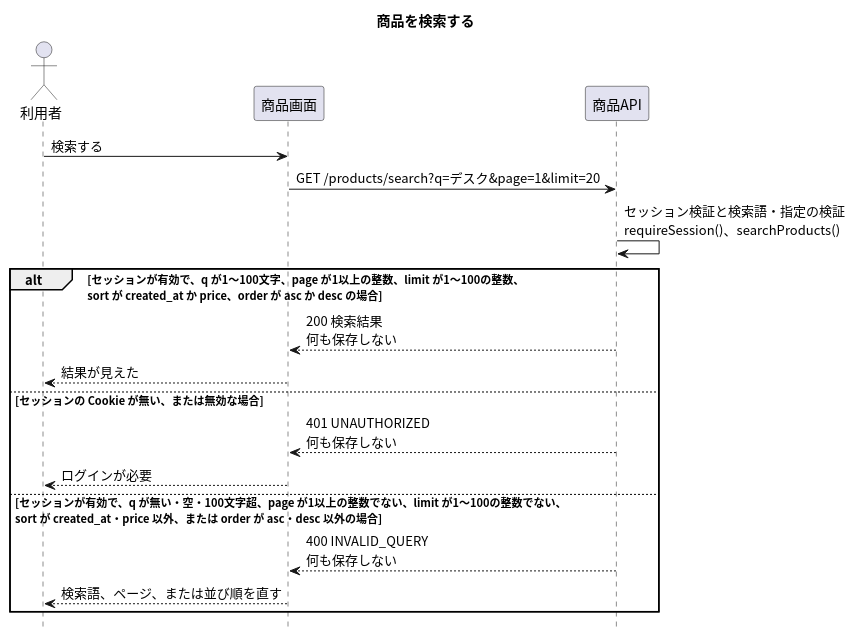
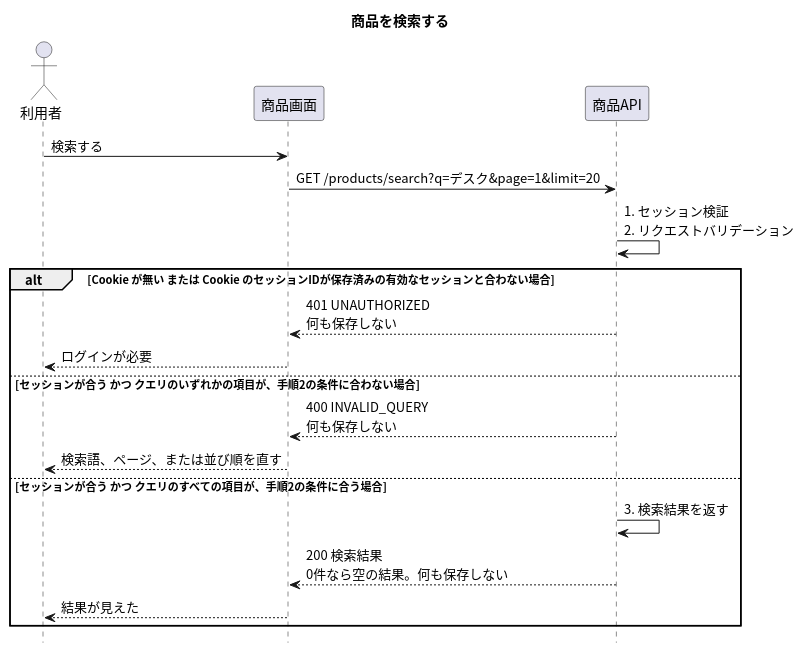
The diagram in apis/search-products/入口.puml (masamasamasato/design-doc-template), drawn with PlantUML before and after one commit. The commit also changed 28 other files, not shown here.

```diff
--- a/apis/search-products/入口.puml
+++ b/apis/search-products/入口.puml
@@ -1,27 +1,28 @@
 @startuml
 skinparam shadowing false
 skinparam defaultFontName "Noto Sans CJK JP"
 skinparam SequenceFontName "Noto Sans CJK JP"
 skinparam NoteBackgroundColor #FFFFCC
 hide footbox
 
 title 商品を検索する
 
 actor "利用者" as User
 participant "商品画面" as Screen
 participant "商品API" as API
 
 User -> Screen : 検索する
 Screen -> API : GET /products/search?q=デスク&page=1&limit=20
-API -> API : セッション検証と検索語・指定の検証\nrequireSession()、searchProducts()
-alt セッションが有効で、q が1〜100文字、page が1以上の整数、limit が1〜100の整数、\nsort が created_at か price、order が asc か desc の場合
-  API --> Screen : 200 検索結果\n何も保存しない
-  Screen --> User : 結果が見えた
-else セッションの Cookie が無い、または無効な場合
+API -> API : 1. セッション検証\n2. リクエストバリデーション
+alt Cookie が無い または Cookie のセッションIDが保存済みの有効なセッションと合わない場合
   API --> Screen : 401 UNAUTHORIZED\n何も保存しない
   Screen --> User : ログインが必要
-else セッションが有効で、q が無い・空・100文字超、page が1以上の整数でない、limit が1〜100の整数でない、\nsort が created_at・price 以外、または order が asc・desc 以外の場合
+else セッションが合う かつ クエリのいずれかの項目が、手順2の条件に合わない場合
   API --> Screen : 400 INVALID_QUERY\n何も保存しない
   Screen --> User : 検索語、ページ、または並び順を直す
+else セッションが合う かつ クエリのすべての項目が、手順2の条件に合う場合
+  API -> API : 3. 検索結果を返す
+  API --> Screen : 200 検索結果\n0件なら空の結果。何も保存しない
+  Screen --> User : 結果が見えた
 end
 @enduml
```
